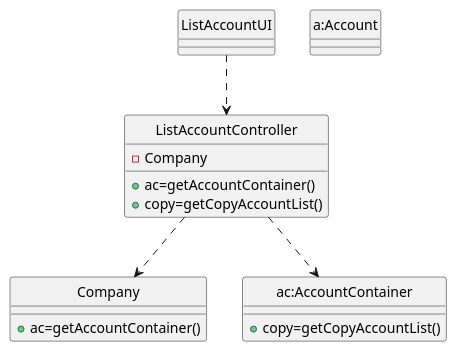
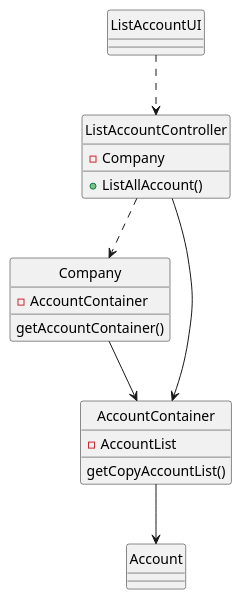
One commit to Loracline/project_switch_22-23 changed the diagram in docs/modelling_design/user_stories/us004/US004_Class_Diagram.puml. Above: the diagram before and after it, drawn with PlantUML.

Commit message:
US004 class diagram update;

```diff
--- a/docs/modelling_design/user_stories/us004/US004_Class_Diagram.puml
+++ b/docs/modelling_design/user_stories/us004/US004_Class_Diagram.puml
@@ -1,28 +1,31 @@
 @startuml
 
 class "ListAccountUI"{
 }
 class "ListAccountController" {
 -Company
-+ac=getAccountContainer()
-+copy=getCopyAccountList()
++ListAllAccount()
 }
 class "Company"{
-+ac=getAccountContainer()
+-AccountContainer
+getAccountContainer()
+}
+class "AccountContainer"{
+-AccountList
+getCopyAccountList()
+}
+class "Account"{}
 
-}
-class "ac:AccountContainer"{
-+copy=getCopyAccountList()
-}
-class "a:Account"{}
 hide "ListAccountUI" circle
 hide "ListAccountController" circle
 hide "Company" circle
-hide "ac:AccountContainer" circle
-hide "a:Account" circle
+hide "AccountContainer" circle
+hide "Account" circle
+
 
 "ListAccountUI" ..> "ListAccountController"
 "ListAccountController" ..> "Company"
-"ListAccountController" ..> "ac:AccountContainer"
-
+"Company"->"AccountContainer"
+"ListAccountController"---> "AccountContainer"
+"AccountContainer"-->"Account"
 @enduml
```
